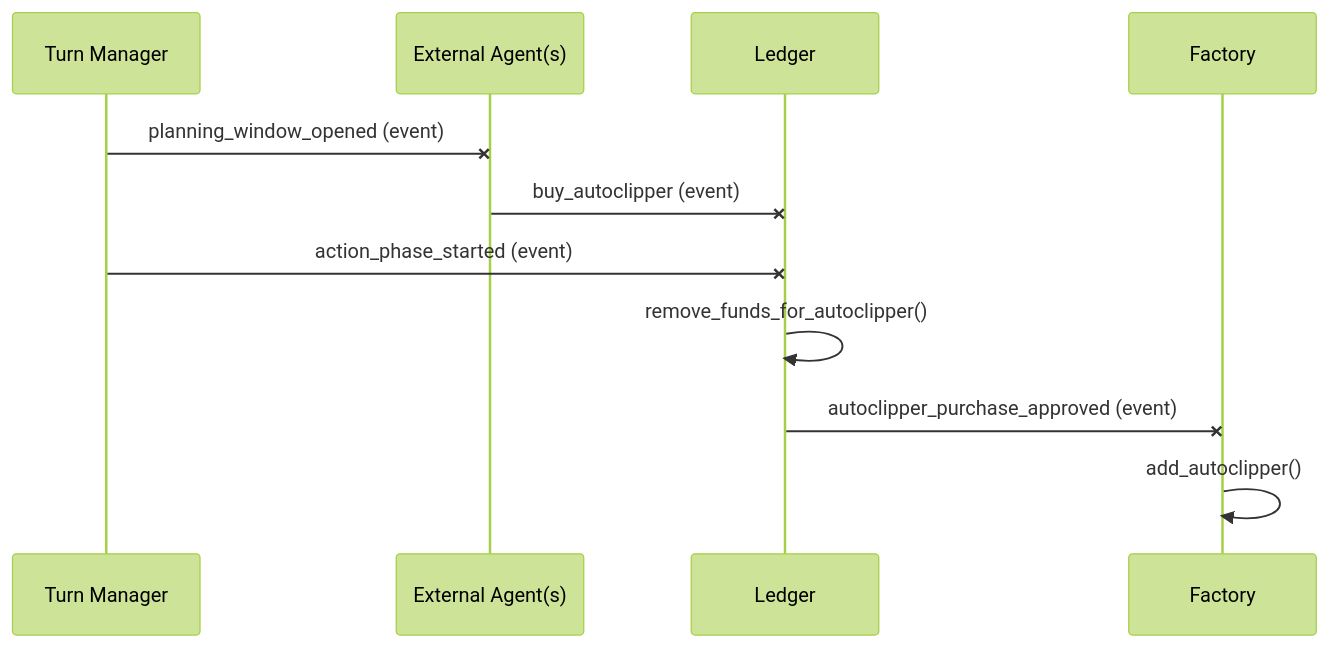
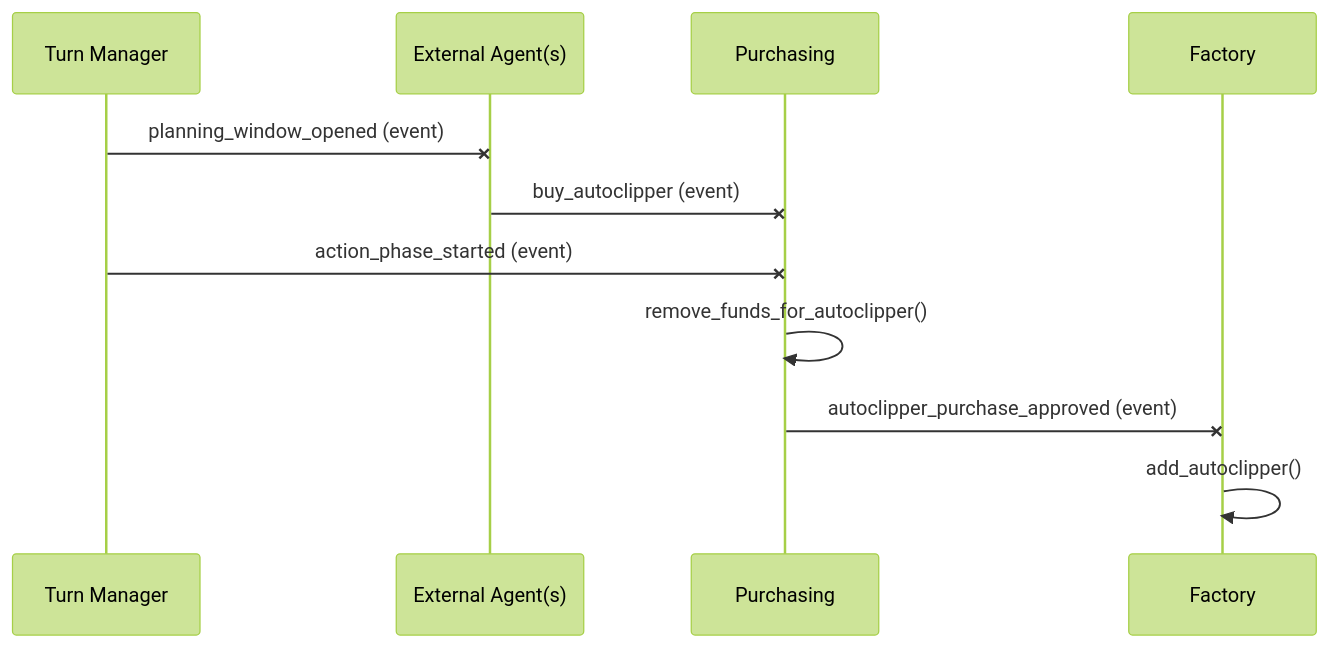
Before and after one commit to corvuslee/clipforge: the fifth of 7 diagrams in design_specifications/modules.md, drawn with Mermaid (forest theme). The commit also changed other lines of this file and 9 other files, not shown here.

````diff
--- a/design_specifications/modules.md
+++ b/design_specifications/modules.md
@@ -151,14 +153,14 @@
 ```mermaid
 sequenceDiagram
     participant TM as Turn Manager
     participant Ext as External Agent(s)
-    participant Led as Ledger
+    participant Pur as Purchasing
     participant Fac as Factory
 
     TM-xExt: planning_window_opened (event)
-    Ext-xLed: buy_autoclipper (event)
-    TM-xLed: action_phase_started (event)
-    Led->>Led: remove_funds_for_autoclipper()
-    Led-xFac: autoclipper_purchase_approved (event)
+    Ext-xPur: buy_autoclipper (event)
+    TM-xPur: action_phase_started (event)
+    Pur->>Pur: remove_funds_for_autoclipper()
+    Pur-xFac: autoclipper_purchase_approved (event)
     Fac->>Fac: add_autoclipper()
 ```
````
